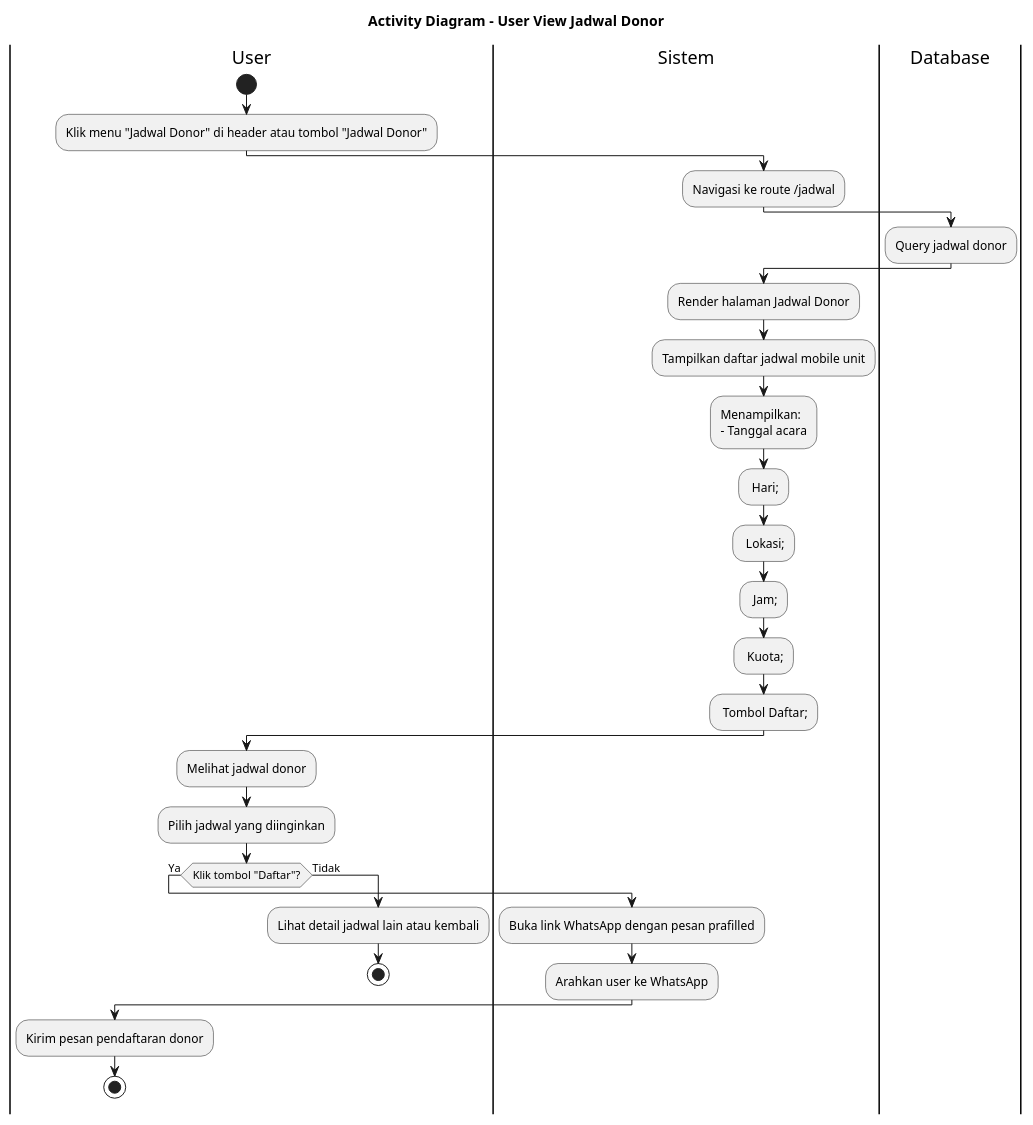
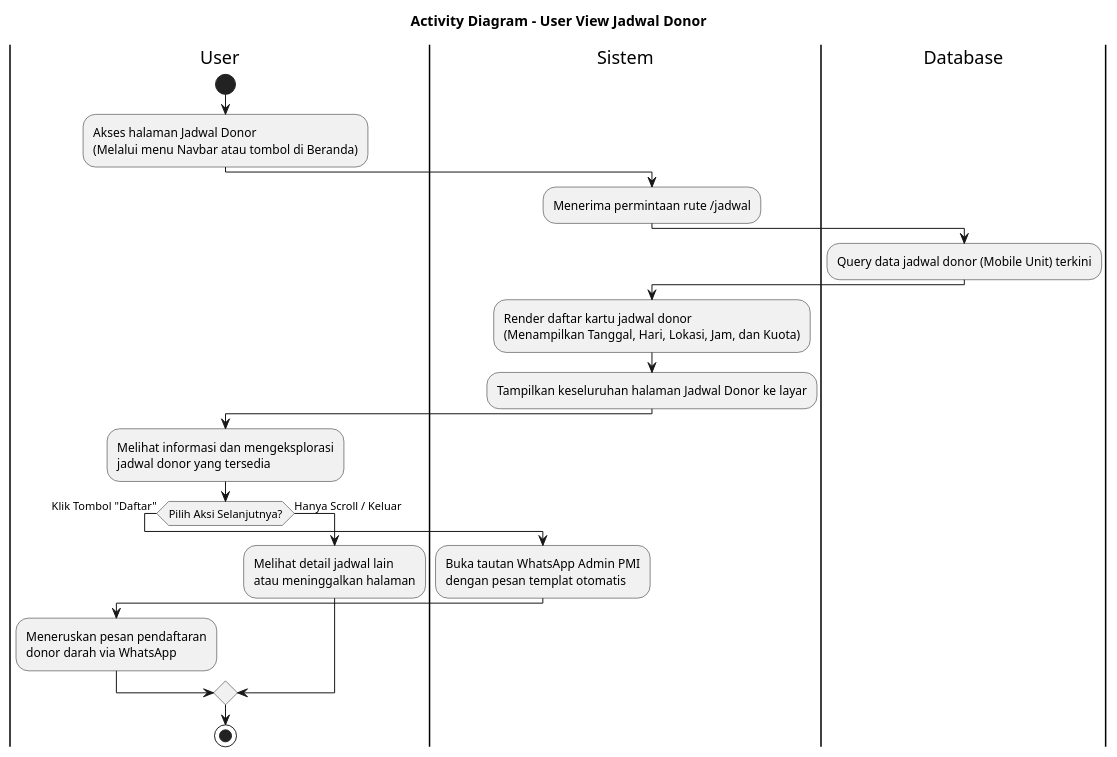
Before and after one commit to jaddu17/capstonepmikp: the diagram in diagram/activitydiagram_user_view_jadwal.puml, drawn with PlantUML. The commit also changed 11 other files, not shown here.

Commit message:
perubahan activity diagram user(beranda, stok darah, info donor, jadwal donor, berita, donasi, kontak

```diff
--- a/diagram/activitydiagram_user_view_jadwal.puml
+++ b/diagram/activitydiagram_user_view_jadwal.puml
@@ -1,43 +1,34 @@
 @startuml ACTIVITY_DIAGRAM_USER_VIEW_JADWAL
 title Activity Diagram - User View Jadwal Donor
 
 |User|
 start
-:Klik menu "Jadwal Donor" di header atau tombol "Jadwal Donor";
+:Akses halaman Jadwal Donor\n(Melalui menu Navbar atau tombol di Beranda);
 
 |Sistem|
-:Navigasi ke route /jadwal;
+:Menerima permintaan rute /jadwal;
 
 |Database|
-:Query jadwal donor;
+:Query data jadwal donor (Mobile Unit) terkini;
 
 |Sistem|
-:Render halaman Jadwal Donor;
-:Tampilkan daftar jadwal mobile unit;
-:Menampilkan:
-- Tanggal acara;
-- Hari;
-- Lokasi;
-- Jam;
-- Kuota;
-- Tombol Daftar;
+:Render daftar kartu jadwal donor\n(Menampilkan Tanggal, Hari, Lokasi, Jam, dan Kuota);
+:Tampilkan keseluruhan halaman Jadwal Donor ke layar;
 
 |User|
-:Melihat jadwal donor;
-:Pilih jadwal yang diinginkan;
+:Melihat informasi dan mengeksplorasi\njadwal donor yang tersedia;
 
-if (Klik tombol "Daftar"?) then (Ya)
+if (Pilih Aksi Selanjutnya?) then (Klik Tombol "Daftar")
   |Sistem|
-  :Buka link WhatsApp dengan pesan prafilled;
-  :Arahkan user ke WhatsApp;
-
+  :Buka tautan WhatsApp Admin PMI\ndengan pesan templat otomatis;
   |User|
-  :Kirim pesan pendaftaran donor;
-  stop
-else (Tidak)
+  :Meneruskan pesan pendaftaran\ndonor darah via WhatsApp;
+else (Hanya Scroll / Keluar)
   |User|
-  :Lihat detail jadwal lain atau kembali;
-  stop
+  :Melihat detail jadwal lain\natau meninggalkan halaman;
 endif
 
+|User|
+stop
+
 @enduml
```
